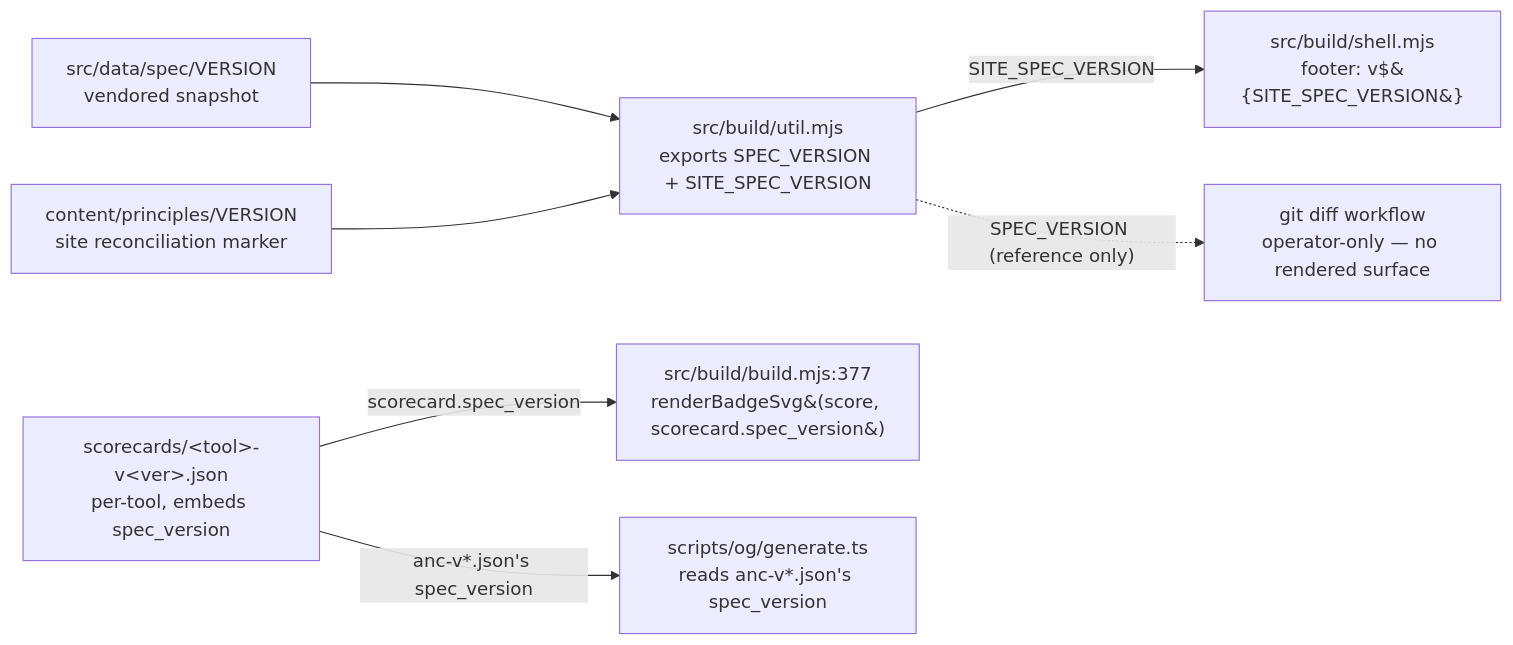
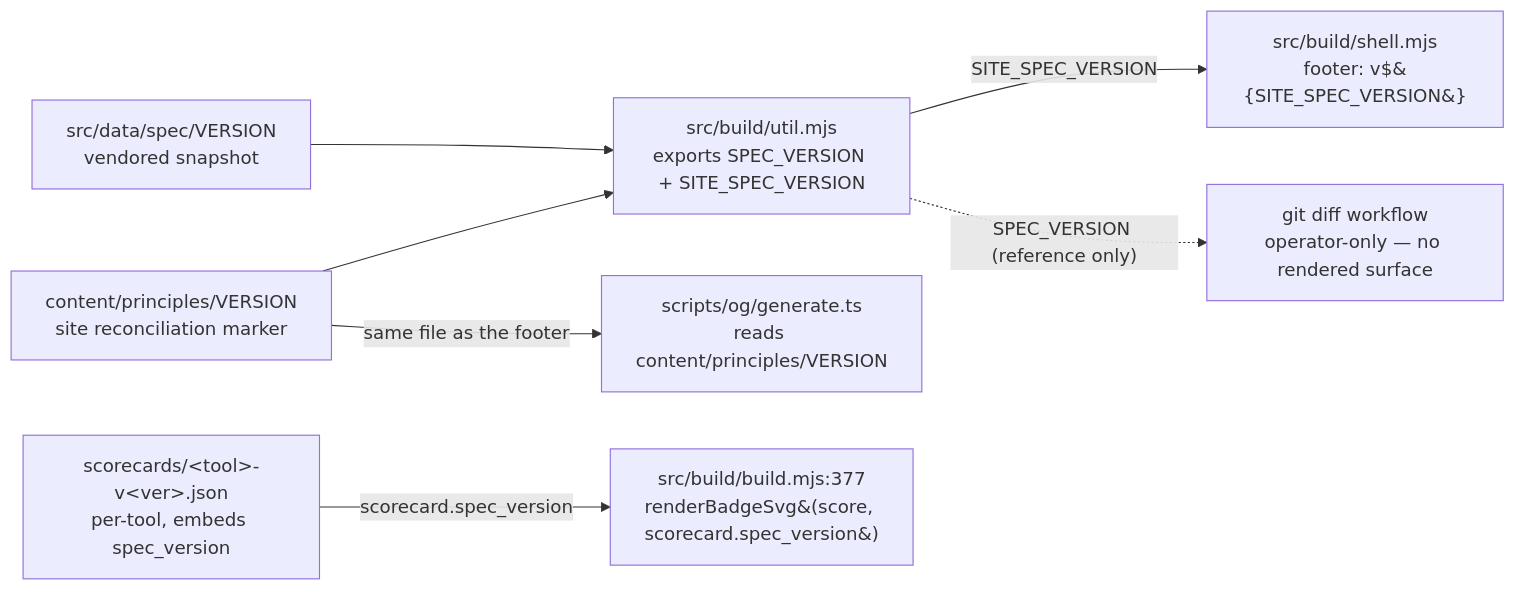
Before and after one commit to brettdavies/agentnative-site: the second of 2 diagrams in scripts/SYNCS.md, drawn with Mermaid. The commit also changed other lines of this file and 456 other files, not shown here.

````diff
--- a/scripts/SYNCS.md
+++ b/scripts/SYNCS.md
@@ -87,20 +88,20 @@
 ```mermaid
 flowchart LR
     vendoredVersion[src/data/spec/VERSION<br/>vendored snapshot]
     siteVersion[content/principles/VERSION<br/>site reconciliation marker]
     scorecardJsons[scorecards/&lt;tool&gt;-v&lt;ver&gt;.json<br/>per-tool, embeds spec_version]
 
     util[src/build/util.mjs<br/>exports SPEC_VERSION + SITE_SPEC_VERSION]
 
     footer[src/build/shell.mjs<br/>footer: v$&#123;SITE_SPEC_VERSION&#125;]
     badges[src/build/build.mjs:377<br/>renderBadgeSvg&#40;score, scorecard.spec_version&#41;]
-    og[scripts/og/generate.ts<br/>reads anc-v*.json's spec_version]
+    og[scripts/og/generate.ts<br/>reads content/principles/VERSION]
     diff[git diff workflow<br/>operator-only — no rendered surface]
 
     vendoredVersion --> util
     siteVersion --> util
     util -- "SITE_SPEC_VERSION" --> footer
     scorecardJsons -- "scorecard.spec_version" --> badges
-    scorecardJsons -- "anc-v*.json's spec_version" --> og
+    siteVersion -- "same file as the footer" --> og
     util -. "SPEC_VERSION (reference only)" .-> diff
 ```
````
